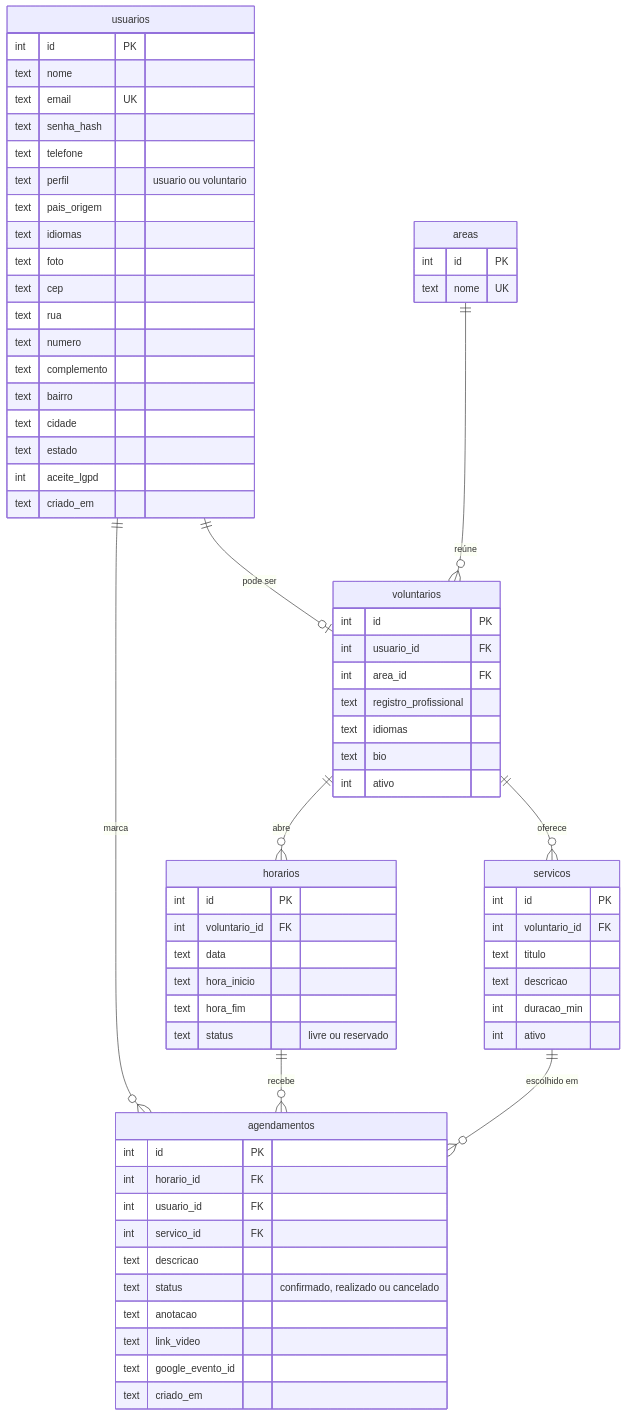
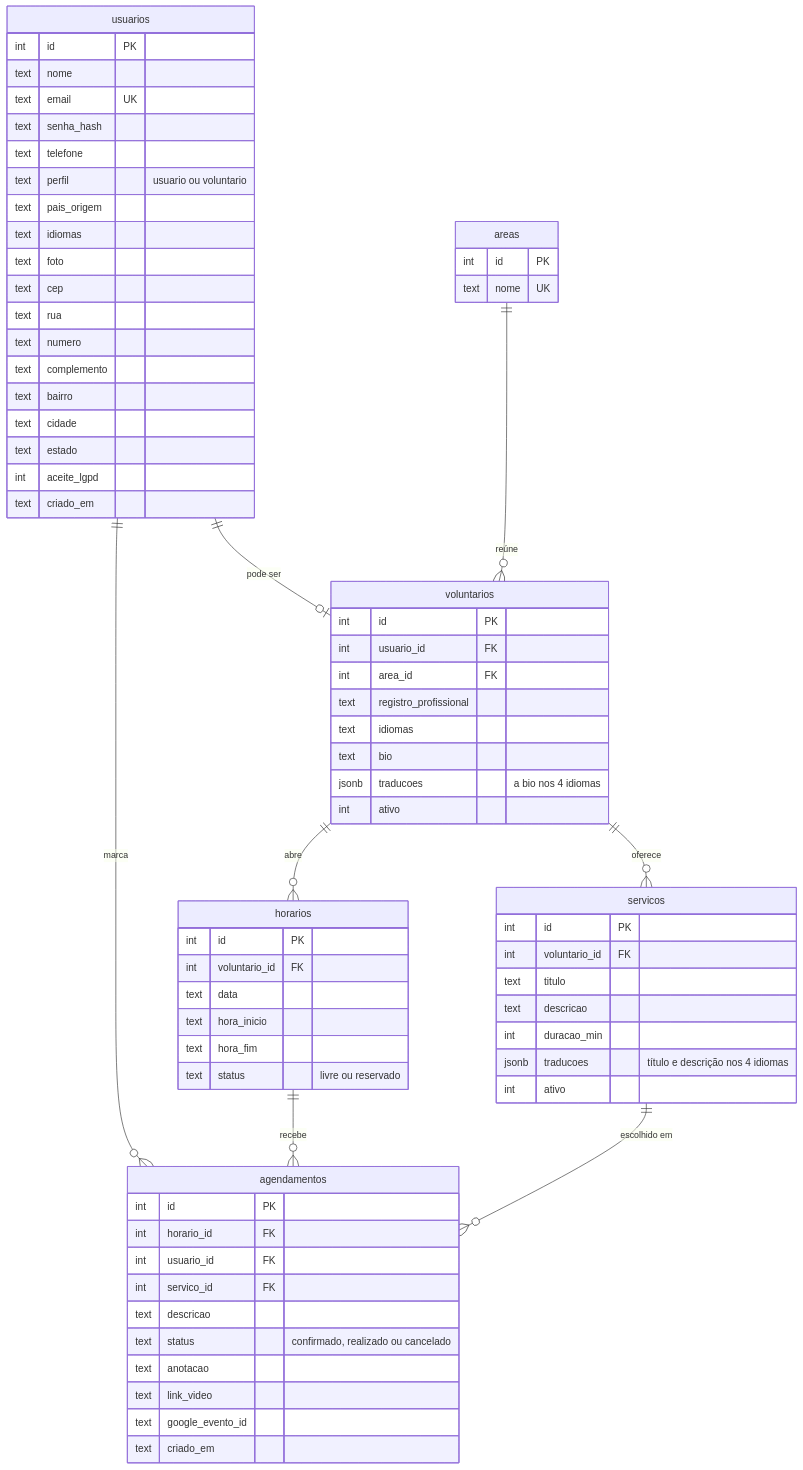
Before and after one commit to luisquesada26/acolhimento-amigo: the fourth of 4 diagrams in README.md, drawn with Mermaid. The commit also changed other lines of this file and 2 other files, not shown here.

Commit message:
docs(lq): readme e api.md com a coluna traducoes, as variaveis do tradutor e como a traducao funciona

````diff
--- a/README.md
+++ b/README.md
@@ -229,77 +245,79 @@
 ```mermaid
 erDiagram
     usuarios ||--o| voluntarios : "pode ser"
     areas ||--o{ voluntarios : "reúne"
     voluntarios ||--o{ servicos : "oferece"
     voluntarios ||--o{ horarios : "abre"
     usuarios ||--o{ agendamentos : "marca"
     horarios ||--o{ agendamentos : "recebe"
     servicos ||--o{ agendamentos : "escolhido em"
 
     usuarios {
         int id PK
         text nome
         text email UK
         text senha_hash
         text telefone
         text perfil "usuario ou voluntario"
         text pais_origem
         text idiomas
         text foto
         text cep
         text rua
         text numero
         text complemento
         text bairro
         text cidade
         text estado
         int aceite_lgpd
         text criado_em
     }
 
     areas {
         int id PK
         text nome UK
     }
 
     voluntarios {
         int id PK
         int usuario_id FK
         int area_id FK
         text registro_profissional
         text idiomas
         text bio
+        jsonb traducoes "a bio nos 4 idiomas"
         int ativo
     }
 
     servicos {
         int id PK
         int voluntario_id FK
         text titulo
         text descricao
         int duracao_min
+        jsonb traducoes "título e descrição nos 4 idiomas"
         int ativo
     }
 
     horarios {
         int id PK
         int voluntario_id FK
         text data
         text hora_inicio
         text hora_fim
         text status "livre ou reservado"
     }
 
     agendamentos {
         int id PK
         int horario_id FK
         int usuario_id FK
         int servico_id FK
         text descricao
         text status "confirmado, realizado ou cancelado"
         text anotacao
         text link_video
         text google_evento_id
         text criado_em
     }
 ```
````
